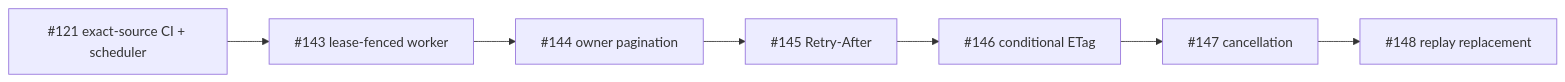
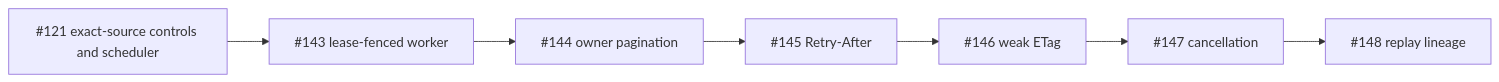
One commit to ContextualWisdomLab/mightyETL changed the fifth of 9 diagrams in ARCHITECTURE.md. Above: the diagram before and after it, drawn with Mermaid. The commit also changed other lines of this file, not shown here.

Commit message:
docs: add cross-cutting architecture authorities

````diff
--- a/ARCHITECTURE.md
+++ b/ARCHITECTURE.md
@@ -137,12 +133,12 @@
 ```mermaid
 flowchart LR
-    P121[#121 exact-source CI + scheduler]
+    P121[#121 exact-source controls and scheduler]
     P143[#143 lease-fenced worker]
     P144[#144 owner pagination]
     P145[#145 Retry-After]
-    P146[#146 conditional ETag]
+    P146[#146 weak ETag]
     P147[#147 cancellation]
-    P148[#148 replay replacement]
+    P148[#148 replay lineage]
 
     P121 --> P143 --> P144 --> P145 --> P146 --> P147 --> P148
 ```
````
